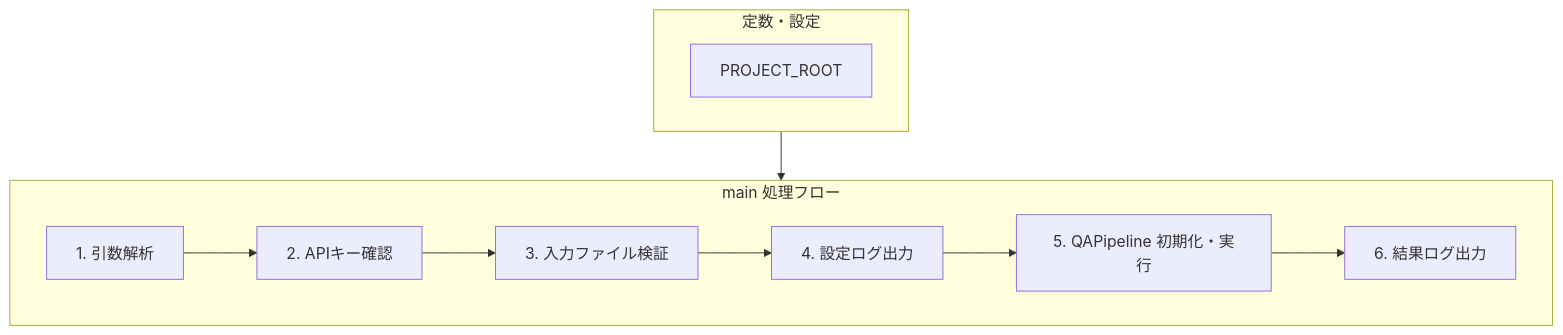
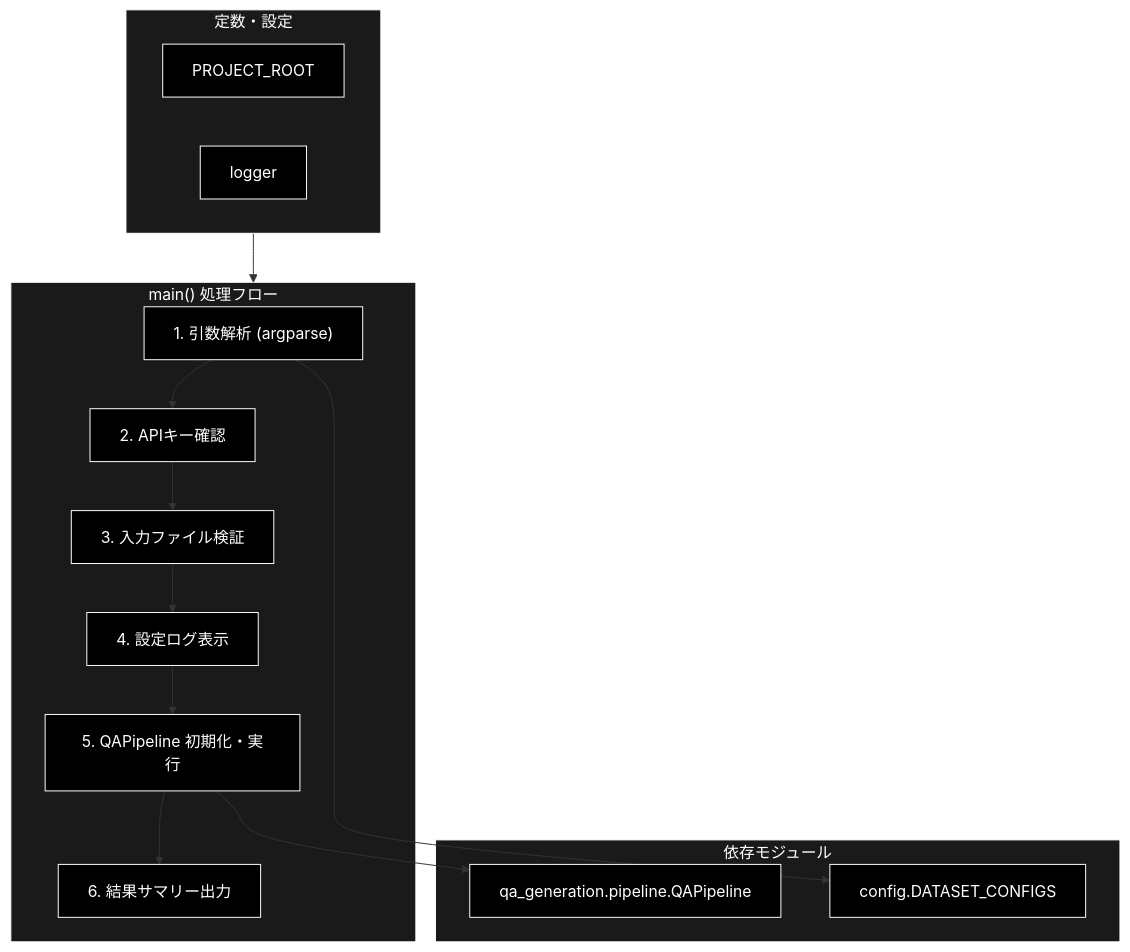
Before and after one commit to nakashima2toshio/anthropic_grace_agent_v2: the second of 3 diagrams in qa_qdrant/doc/make_qa.md, drawn with Mermaid. The commit also changed other lines of this file and 4 other files, not shown here.

````diff
--- a/qa_qdrant/doc/make_qa.md
+++ b/qa_qdrant/doc/make_qa.md
@@ -156,22 +132,32 @@
 ```mermaid
 flowchart TB
     subgraph CONST["定数・設定"]
-        PROJECT_ROOT[PROJECT_ROOT]
+        ROOT["PROJECT_ROOT"]
+        LOG["logger"]
     end
 
-    subgraph MAIN_FLOW["main 処理フロー"]
-        ARGPARSE[1. 引数解析]
-        VALIDATE_KEY[2. APIキー確認]
-        VALIDATE_FILE[3. 入力ファイル検証]
-        LOG_CONFIG[4. 設定ログ出力]
-        INIT_PIPE[5. QAPipeline 初期化・実行]
-        LOG_RESULT[6. 結果ログ出力]
+    subgraph FLOW["main() 処理フロー"]
+        B1["1. 引数解析 (argparse)"]
+        B2["2. APIキー確認"]
+        B3["3. 入力ファイル検証"]
+        B4["4. 設定ログ表示"]
+        B5["5. QAPipeline 初期化・実行"]
+        B6["6. 結果サマリー出力"]
     end
 
-    CONST --> MAIN_FLOW
-    ARGPARSE --> VALIDATE_KEY
-    VALIDATE_KEY --> VALIDATE_FILE
-    VALIDATE_FILE --> LOG_CONFIG
-    LOG_CONFIG --> INIT_PIPE
-    INIT_PIPE --> LOG_RESULT
+    subgraph DEPS["依存モジュール"]
+        QP["qa_generation.pipeline.QAPipeline"]
+        DC["config.DATASET_CONFIGS"]
+    end
+
+    CONST --> FLOW
+    B1 --> B2 --> B3 --> B4 --> B5 --> B6
+    B1 --> DC
+    B5 --> QP
+classDef default fill:#000,stroke:#fff,color:#fff
+classDef subgraphStyle fill:#1a1a1a,stroke:#fff,color:#fff
+class ROOT,LOG,B1,B2,B3,B4,B5,B6,QP,DC default
+style CONST fill:#1a1a1a,stroke:#fff,color:#fff
+style FLOW fill:#1a1a1a,stroke:#fff,color:#fff
+style DEPS fill:#1a1a1a,stroke:#fff,color:#fff
 ```
````
